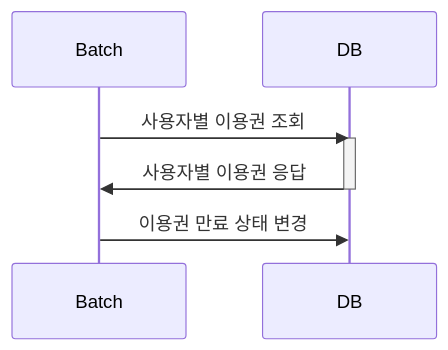
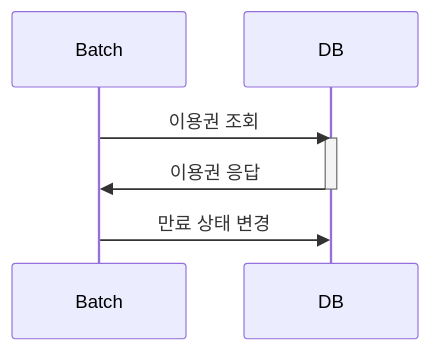
The first of 4 diagrams in README.md (norte0190/pass-batch), drawn with Mermaid before and after one commit. The commit also changed other lines of this file, not shown here.

````diff
--- a/README.md
+++ b/README.md
@@ -12,10 +12,10 @@
 ```mermaid
 sequenceDiagram
     participant Batch
     participant DB
-    Batch->>DB: 사용자별 이용권 조회
+    Batch->>DB: 이용권 조회
     activate DB
-    DB->>Batch: 사용자별 이용권 응답
+    DB->>Batch: 이용권 응답
     deactivate DB
-    Batch->>DB: 이용권 만료 상태 변경
+    Batch->>DB: 만료 상태 변경
 ```
````
